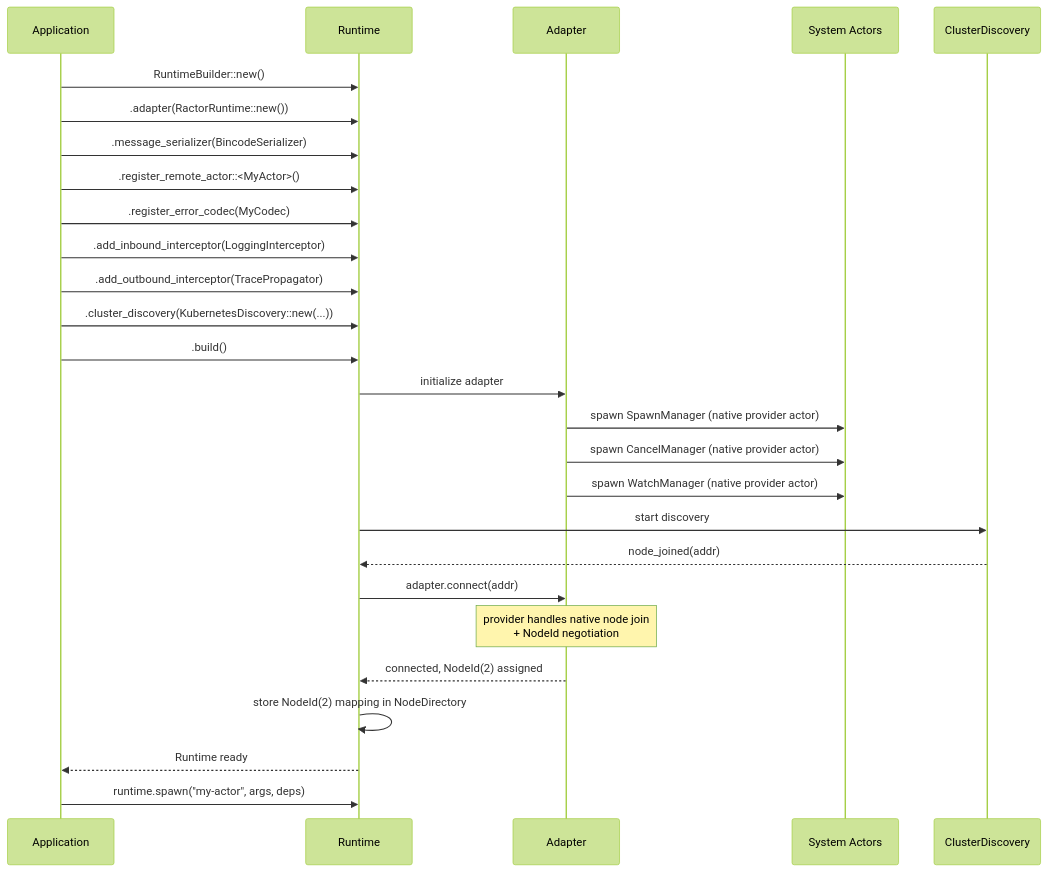
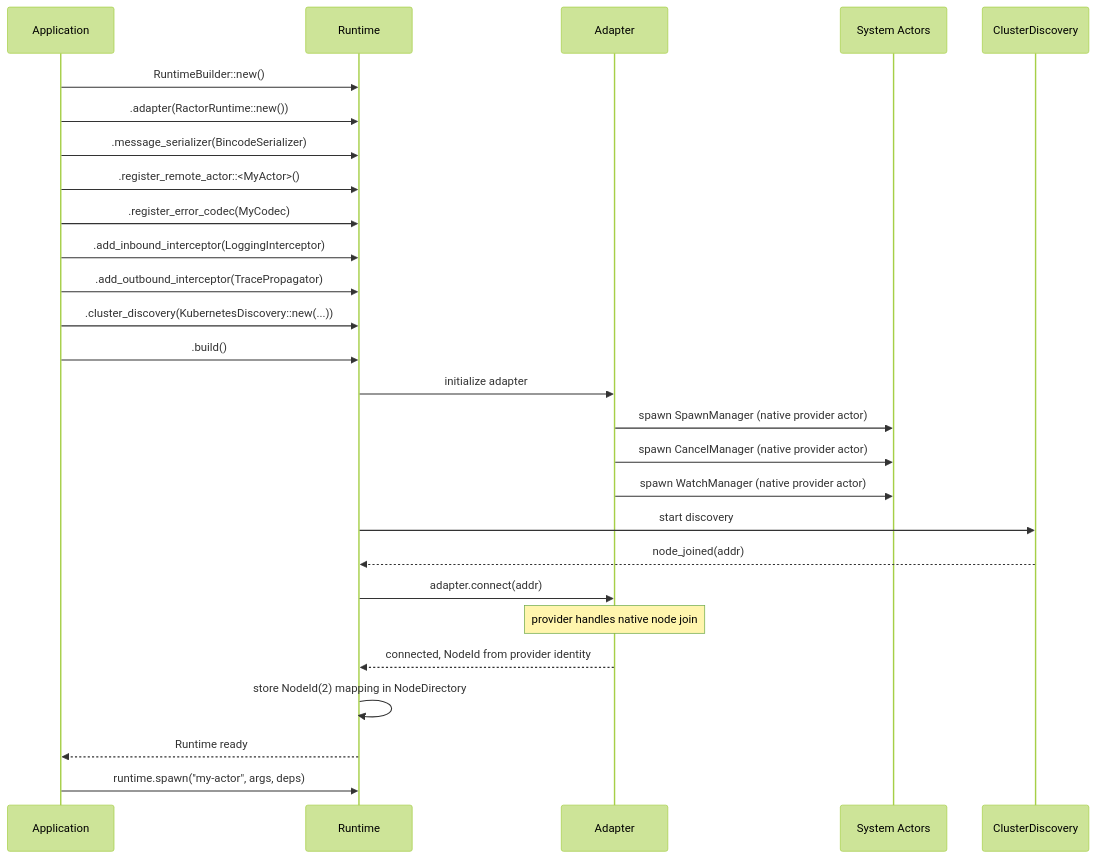
Diagram 18 of 31 in docs/design-v0.2.md (Yaming-Hub/dactor), drawn with Mermaid (forest theme) before and after one commit. The commit also changed other lines of this file, not shown here.

Commit message:
docs: NodeId wraps provider native identity as String, no negotiation

````diff
--- a/docs/design-v0.2.md
+++ b/docs/design-v0.2.md
@@ -3764,33 +3748,33 @@
 ```mermaid
 sequenceDiagram
     participant App as Application
     participant R as Runtime
     participant A as Adapter
     participant SA as System Actors
     participant CD as ClusterDiscovery
 
     App->>R: RuntimeBuilder::new()
     App->>R: .adapter(RactorRuntime::new())
     App->>R: .message_serializer(BincodeSerializer)
     App->>R: .register_remote_actor::<MyActor>()
     App->>R: .register_error_codec(MyCodec)
     App->>R: .add_inbound_interceptor(LoggingInterceptor)
     App->>R: .add_outbound_interceptor(TracePropagator)
     App->>R: .cluster_discovery(KubernetesDiscovery::new(...))
     App->>R: .build()
 
     R->>A: initialize adapter
     A->>SA: spawn SpawnManager (native provider actor)
     A->>SA: spawn CancelManager (native provider actor)
     A->>SA: spawn WatchManager (native provider actor)
 
     R->>CD: start discovery
     CD-->>R: node_joined(addr)
     R->>A: adapter.connect(addr)
-    Note over A: provider handles native node join<br/>+ NodeId negotiation
-    A-->>R: connected, NodeId(2) assigned
+    Note over A: provider handles native node join
+    A-->>R: connected, NodeId from provider identity
     R->>R: store NodeId(2) mapping in NodeDirectory
 
     R-->>App: Runtime ready
     App->>R: runtime.spawn("my-actor", args, deps)
 ```
````
